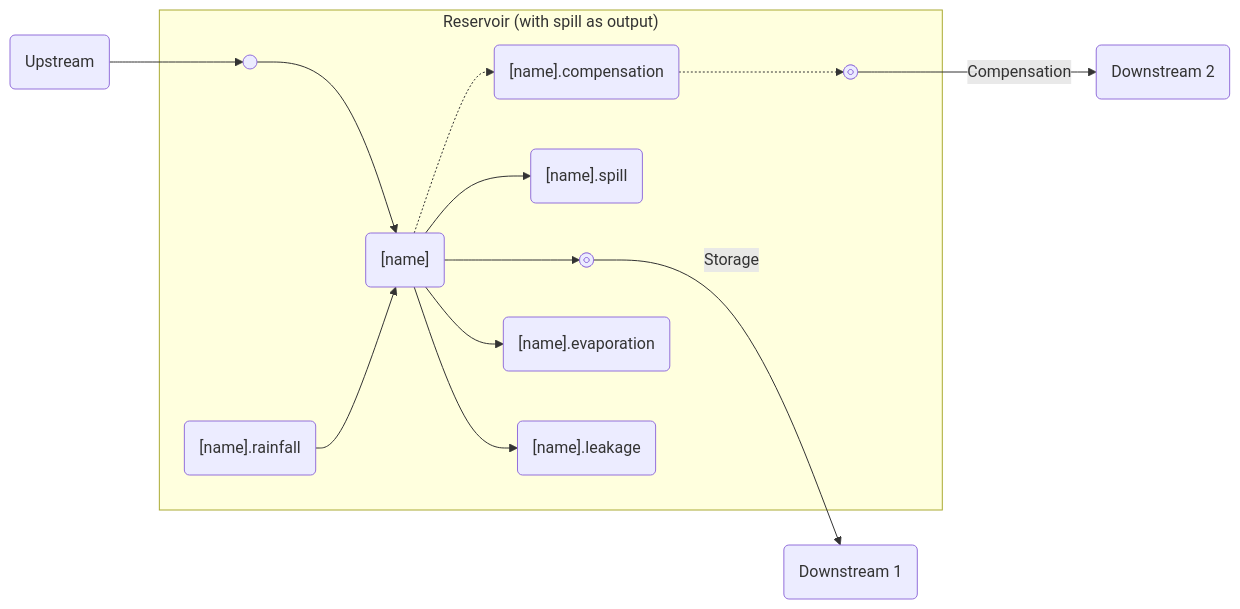
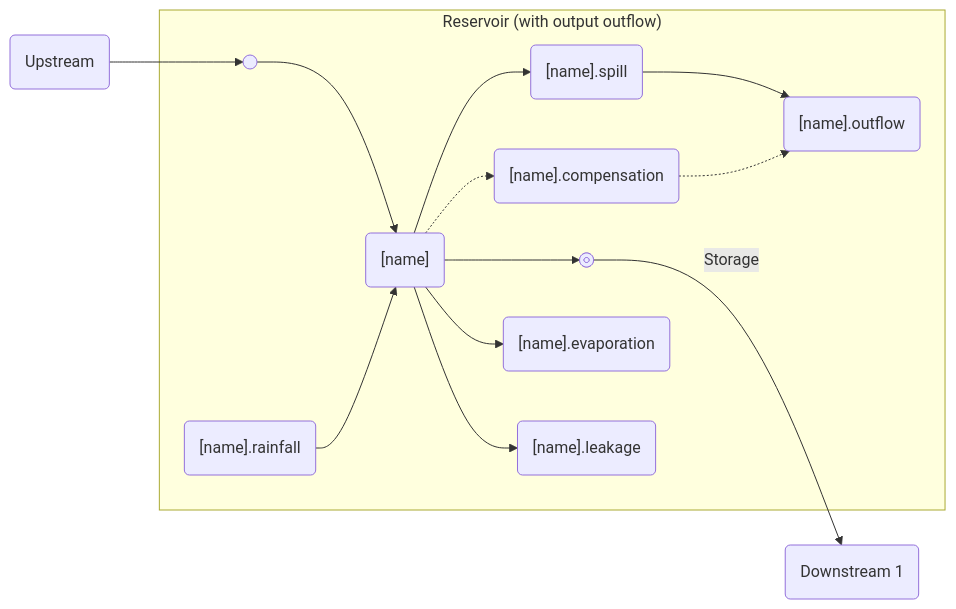
The diagram in pywr-schema/src/nodes/doc_diagrams/reservoir-spill-output.mmd (pywr/pywr-next), drawn with Mermaid before and after one commit. The commit also changed 8 other files, not shown here.

First line of the commit message:
feat(schema): Revise the implementation of Reservoir compensation and spill. (#896)

```diff
--- a/pywr-schema/src/nodes/doc_diagrams/reservoir-spill-output.mmd
+++ b/pywr-schema/src/nodes/doc_diagrams/reservoir-spill-output.mmd
@@ -1,39 +1,35 @@
 graph LR
-    subgraph ThisNode["Reservoir (with spill as output)"]
+    subgraph ThisNode["Reservoir (with output outflow)"]
 
         s_in@{ shape: small-circle, label: "Incoming slot" }
-        s_out@{ shape: framed-circle, label: "Outgoing slot" }
-        s_out_comp@{ shape: framed-circle, label: "Outgoing slot" }
-
+        s_out@{ shape: framed-circle, label: "Storage slot" }
         L_rain("[name].rainfall")
-        O_spill("[name].spill")
+        L_spill("[name].spill")
         L_comp("[name].compensation")
+        O_outflow("[name].outflow")
         O_evap("[name].evaporation")
         O_leak("[name].leakage")
         S("[name]")
 
         s_in --> S --> s_out
 
         L_rain --> S
-        S --> O_spill
+        S --> L_spill --> O_outflow
         S --> O_evap
         S --> O_leak
-        S -.-> L_comp -.-> s_out_comp
+        S -.-> L_comp -.-> O_outflow
 
     end
 
     U(Upstream) --> s_in
     s_out -->|Storage| D1(Downstream 1)
-    s_out_comp -->|Compensation| D2(Downstream 2)
-
     class L_rain linkNode;
-    class O_spill outputNode;
+    class L_spill linkNode;
     class L_comp linkNode;
+    class O_outflow outputNode;
     class O_evap outputNode;
     class O_leak outputNode;
     class S storageNode;
     class ThisNode thisNode;
     class s_in slot;
     class s_out slot;
-    class s_out_comp slot;
-    class s_out_spill slot;
```
